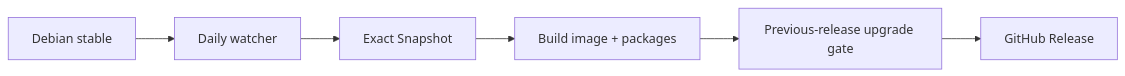
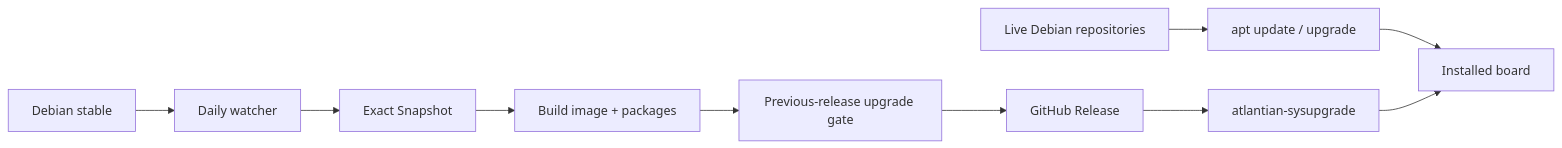
The diagram in README.md (BlackF1re/atlantian), drawn with Mermaid before and after one commit. The commit also changed other lines of this file, not shown here.

````diff
--- a/README.md
+++ b/README.md
@@ -85,8 +155,13 @@
 ```mermaid
 flowchart LR
     A[Debian stable] --> B[Daily watcher]
     B --> C[Exact Snapshot]
     C --> D[Build image + packages]
     D --> E[Previous-release upgrade gate]
     E --> F[GitHub Release]
+    F --> G[atlantian-sysupgrade]
+
+    H[Live Debian repositories] --> I[apt update / upgrade]
+    I --> J[Installed board]
+    G --> J
 ```
````
